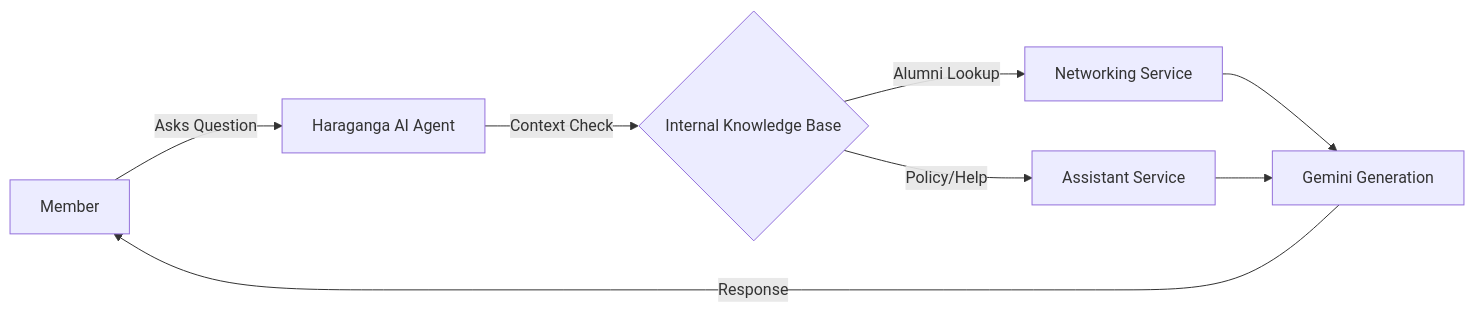
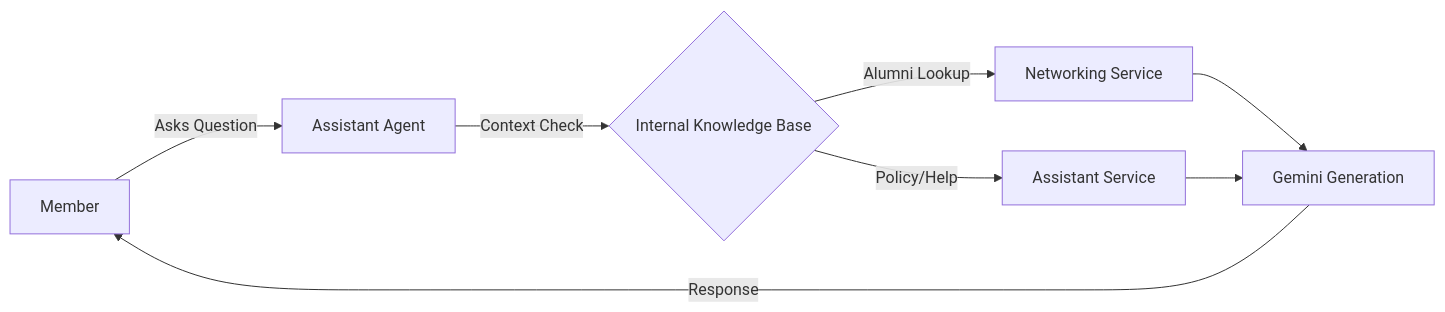
One commit to shalin-rahman/GHCAA changed the fourth of 4 diagrams in README.md. Above: the diagram before and after it, drawn with Mermaid. The commit also changed other lines of this file and 3 other files, not shown here.

````diff
--- a/README.md
+++ b/README.md
@@ -264,10 +126,10 @@
 ```mermaid
 graph LR
-    A[Member] -->|Asks Question| B[Haraganga AI Agent]
+    A[Member] -->|Asks Question| B[Assistant Agent]
     B -->|Context Check| C{Internal Knowledge Base}
     C -->|Alumni Lookup| D[Networking Service]
     C -->|Policy/Help| E[Assistant Service]
     D --> F[Gemini Generation]
     E --> F
     F -->|Response| A
 ```
````
